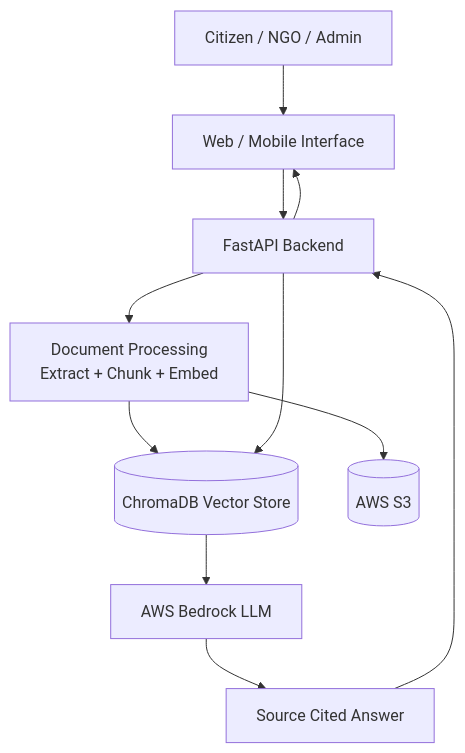
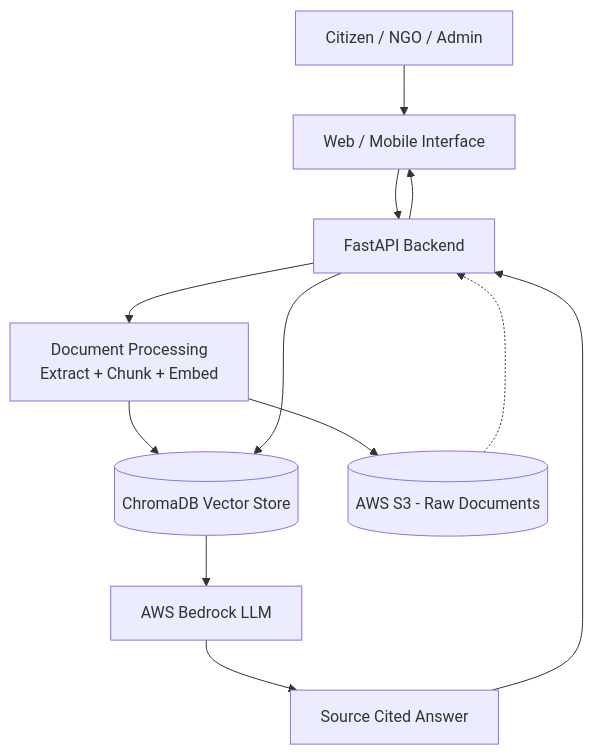
One commit to asteroiddestroyer911/PubliQ changed the first of 3 diagrams in docs/design.md. Above: the diagram before and after it, drawn with Mermaid.

Commit message:
Update design document for storage and retrieval flow
Clarified storage description in design document and added optional reference retrieval.

````diff
--- a/docs/design.md
+++ b/docs/design.md
@@ -38,37 +38,41 @@
 ```mermaid
 flowchart TB
 
     %% User Layer
     User[Citizen / NGO / Admin]
     UI[Web / Mobile Interface]
 
     %% Backend
     API[FastAPI Backend]
 
     %% Core RAG Pipeline
     VDB[(ChromaDB Vector Store)]
     Bedrock[AWS Bedrock LLM]
     Response[Source Cited Answer]
 
     %% Ingestion
     Ingest[Document Processing<br/>Extract + Chunk + Embed]
-    Storage[(AWS S3)]
+    Storage[(AWS S3 - Raw Documents)]
 
     %% Flow
     User --> UI
     UI --> API
 
     %% Ingestion Path
     API --> Ingest
     Ingest --> VDB
     Ingest --> Storage
 
     %% Query Path
     API --> VDB
     VDB --> Bedrock
     Bedrock --> Response
     Response --> API
     API --> UI
 
+    %% Optional Reference Retrieval
+    Storage -.-> API
+
+
 
 ```
````
